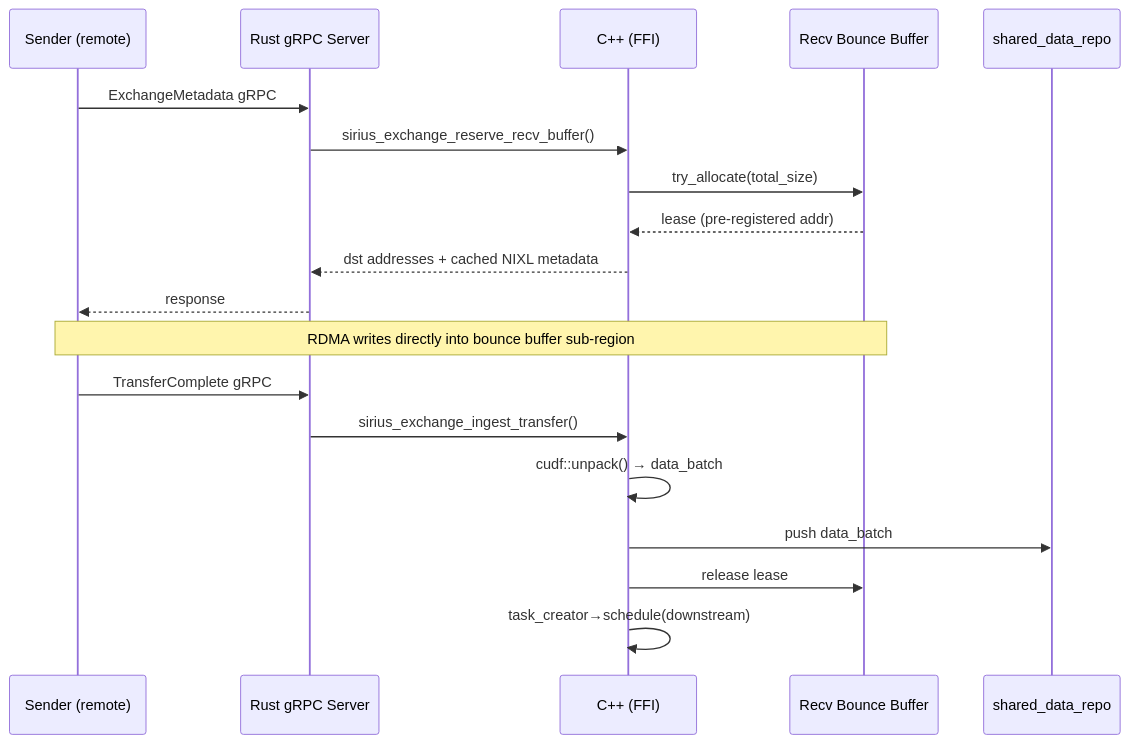
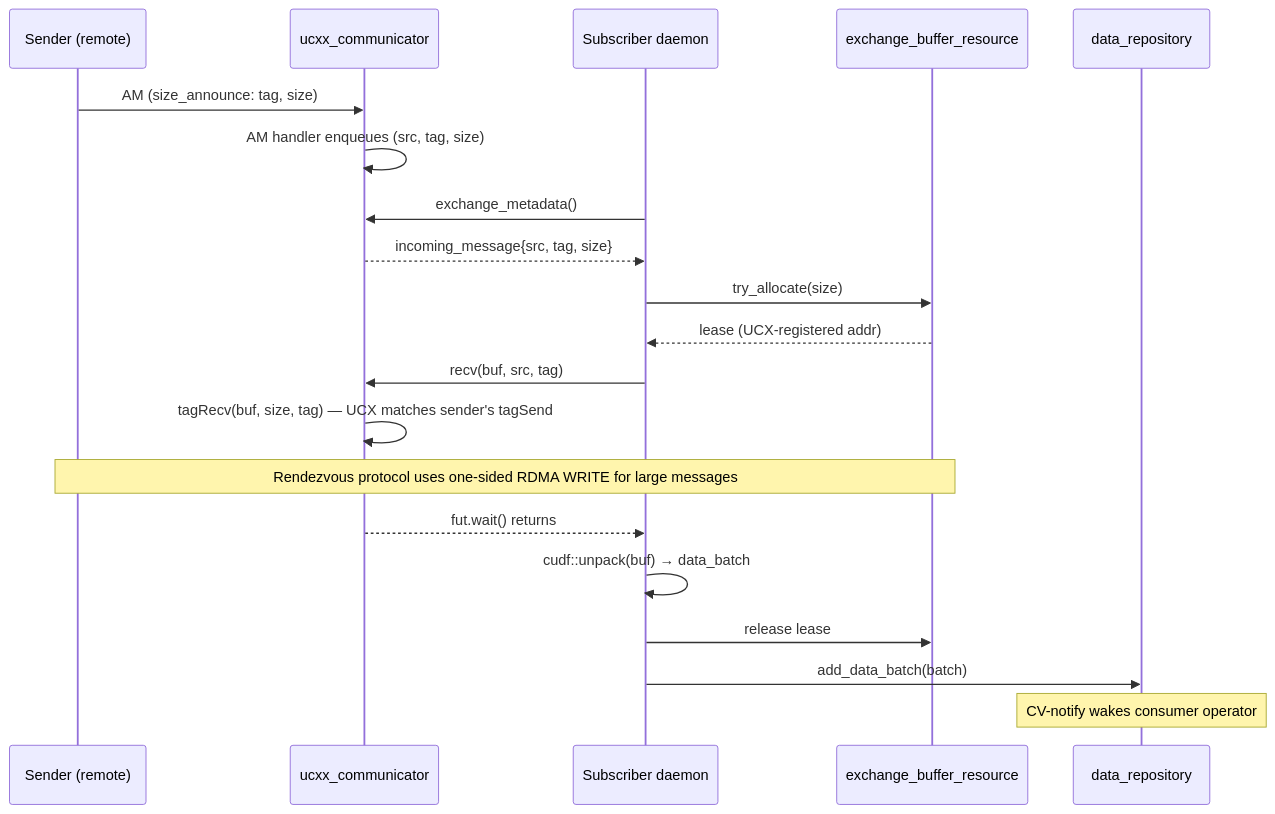
One commit to sirius-db/sirius changed the sixth of 7 diagrams in docs/super-sirius/exchange-integration.md. Above: the diagram before and after it, drawn with Mermaid. The commit also changed other lines of this file, not shown here.

First line of the commit message:
docs: clarify exchange design with sender/receiver flows

````diff
--- a/docs/super-sirius/exchange-integration.md
+++ b/docs/super-sirius/exchange-integration.md
@@ -500,24 +653,26 @@
 ```mermaid
 sequenceDiagram
     participant S as Sender (remote)
-    participant R as Rust gRPC Server
-    participant CPP as C++ (FFI)
-    participant BB as Recv Bounce Buffer
-    participant REPO as shared_data_repo
+    participant UC as ucxx_communicator
+    participant BS as Subscriber daemon
+    participant EBR as exchange_buffer_resource
+    participant REPO as data_repository
 
-    S->>R: ExchangeMetadata gRPC
-    R->>CPP: sirius_exchange_reserve_recv_buffer()
-    CPP->>BB: try_allocate(total_size)
-    BB-->>CPP: lease (pre-registered addr)
-    CPP-->>R: dst addresses + cached NIXL metadata
-    R-->>S: response
+    S->>UC: AM (size_announce: tag, size)
+    UC->>UC: AM handler enqueues (src, tag, size)
 
-    Note over S,BB: RDMA writes directly into bounce buffer sub-region
+    BS->>UC: exchange_metadata()
+    UC-->>BS: incoming_message{src, tag, size}
+    BS->>EBR: try_allocate(size)
+    EBR-->>BS: lease (UCX-registered addr)
+    BS->>UC: recv(buf, src, tag)
+    UC->>UC: tagRecv(buf, size, tag) — UCX matches sender's tagSend
 
-    S->>R: TransferComplete gRPC
-    R->>CPP: sirius_exchange_ingest_transfer()
-    CPP->>CPP: cudf::unpack() → data_batch
-    CPP->>REPO: push data_batch
-    CPP->>BB: release lease
-    CPP->>CPP: task_creator→schedule(downstream)
+    Note over S,EBR: Rendezvous protocol uses one-sided RDMA WRITE for large messages
+
+    UC-->>BS: fut.wait() returns
+    BS->>BS: cudf::unpack(buf) → data_batch
+    BS->>EBR: release lease
+    BS->>REPO: add_data_batch(batch)
+    Note over REPO: CV-notify wakes consumer operator
 ```
````
